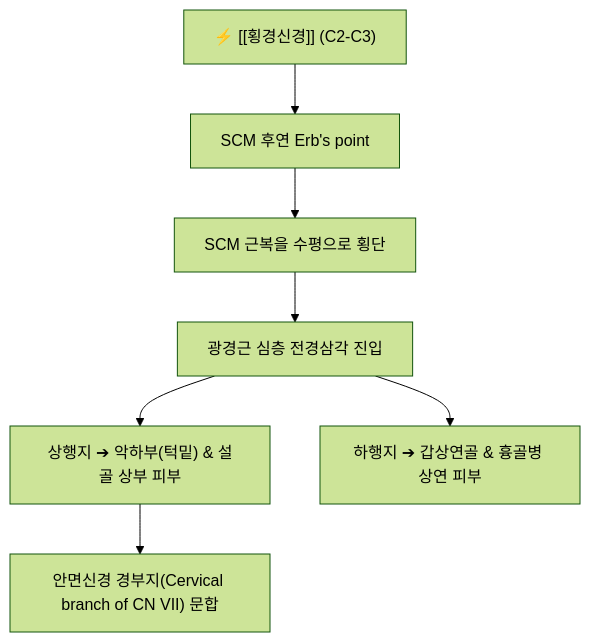
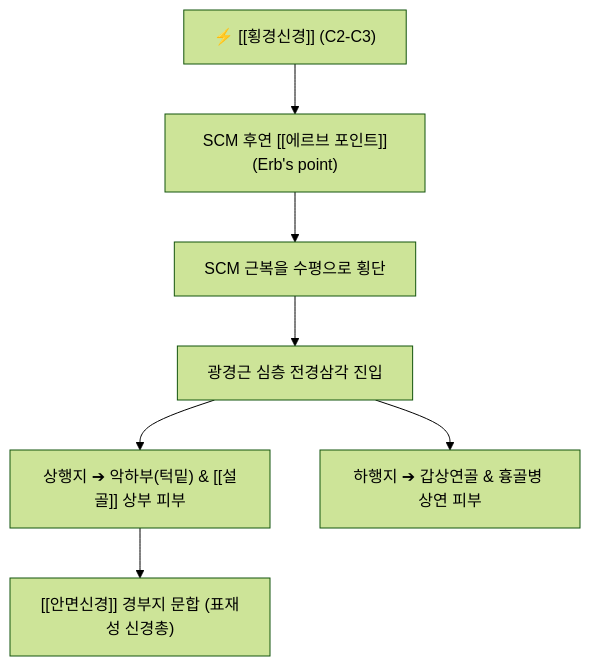
The diagram in content/1. 근골격계 공부/신경/03_경신경총/횡경신경.md (simbio11/simbio-digital-garden2), drawn with Mermaid (forest theme) before and after one commit. The commit also changed other lines of this file and 73 other files, not shown here.

````diff
--- a/content/1. 근골격계 공부/신경/03_경신경총/횡경신경.md
+++ b/content/1. 근골격계 공부/신경/03_경신경총/횡경신경.md
@@ -61,9 +47,9 @@
 ```mermaid
 graph TD
-    Root["⚡ [[횡경신경]] (C2-C3)"] --> Erb["SCM 후연 Erb's point"]
+    Root["⚡ [[횡경신경]] (C2-C3)"] --> Erb["SCM 후연 [[에르브 포인트]](Erb's point)"]
     Erb --> Horizontal["SCM 근복을 수평으로 횡단"]
     Horizontal --> Branches["광경근 심층 전경삼각 진입"]
-    Branches --> Ascending["상행지 ➔ 악하부(턱밑) & 설골 상부 피부"]
+    Branches --> Ascending["상행지 ➔ 악하부(턱밑) & [[설골]] 상부 피부"]
     Branches --> Descending["하행지 ➔ 갑상연골 & 흉골병 상연 피부"]
-    Ascending --> Facial["안면신경 경부지(Cervical branch of CN VII) 문합"]
+    Ascending --> Facial["[[안면신경]] 경부지 문합 (표재성 신경총)"]
 ```
````
